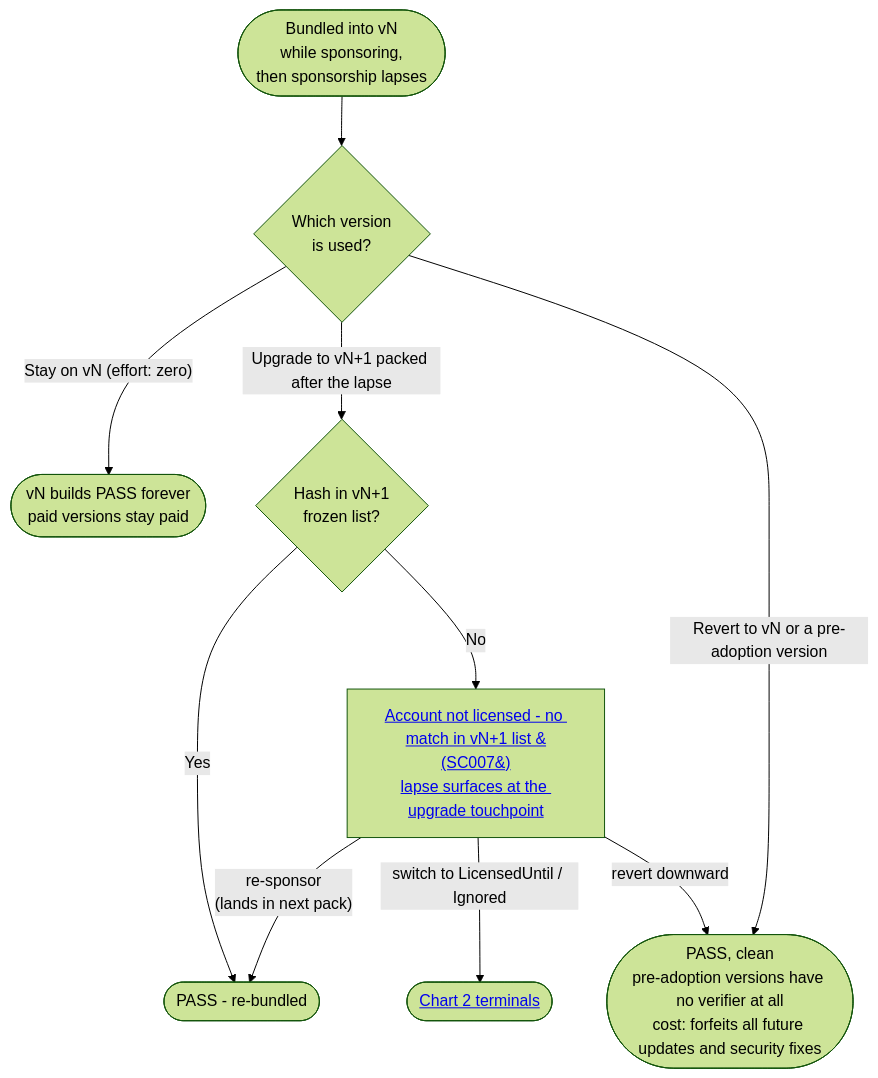
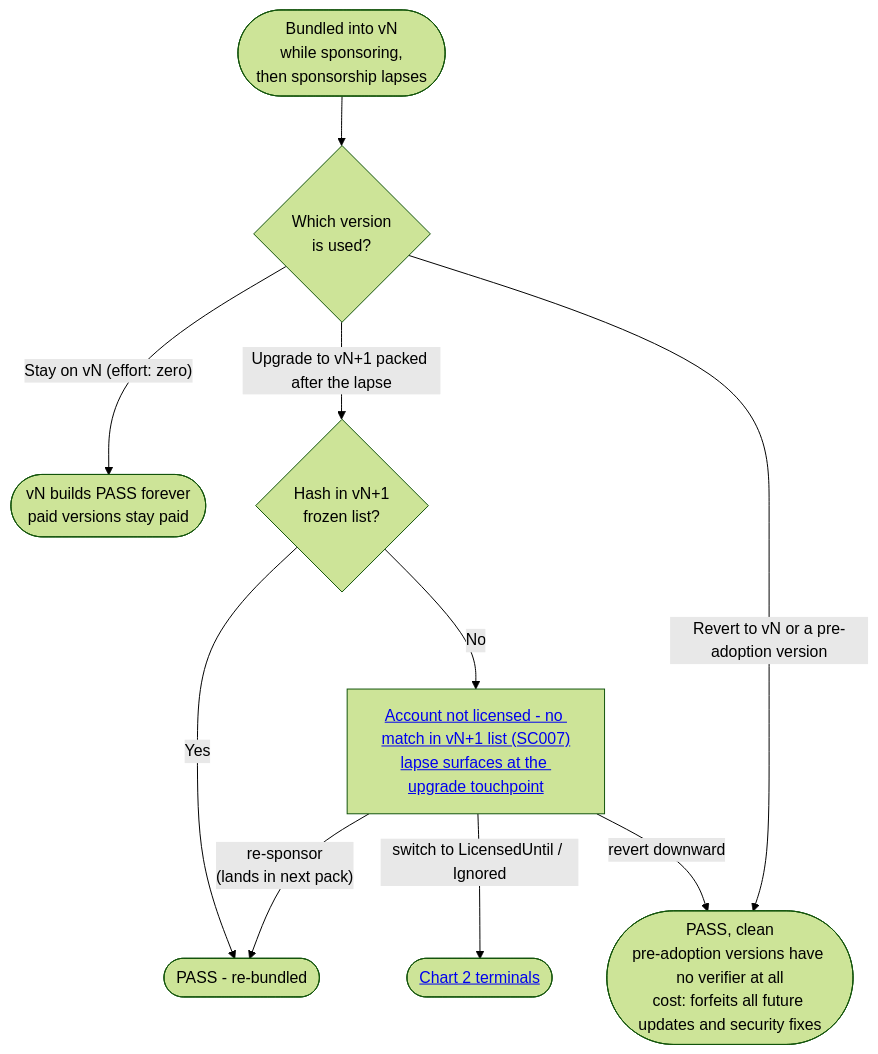
The third of 4 diagrams in docs/WhyBuildTimeVerification.md (SimonCropp/SponsorCheck), drawn with Mermaid (forest theme) before and after one commit. The commit also changed other lines of this file, not shown here.

````diff
--- a/docs/WhyBuildTimeVerification.md
+++ b/docs/WhyBuildTimeVerification.md
@@ -115,15 +115,15 @@
 ```mermaid
 flowchart TD
     Lapse(["Bundled into vN<br/>while sponsoring,<br/>then sponsorship lapses"]) --> Which{"Which version<br/>is used?"}
 
     Which -->|"Stay on vN (effort: zero)"| Stay(["vN builds PASS forever<br/>paid versions stay paid"])
 
     Which -->|"Upgrade to vN+1 packed after the lapse"| Up{"Hash in vN+1<br/>frozen list?"}
     Up -->|"Yes"| UpPass(["PASS - re-bundled"])
-    Up -->|"No"| SC007b[<a href='https://github.com/SimonCropp/SponsorCheck/blob/main/docs/VerifierDiagnosticCodes.md#sc007'>Account not licensed - no match in vN+1 list &#40;SC007&#41;<br/>lapse surfaces at the upgrade touchpoint</a>]
+    Up -->|"No"| SC007b[<a href='https://github.com/SimonCropp/SponsorCheck/blob/main/docs/VerifierDiagnosticCodes.md#sc007'>Account not licensed - no match in vN+1 list #40;SC007#41;<br/>lapse surfaces at the upgrade touchpoint</a>]
     SC007b -->|"re-sponsor<br/>(lands in next pack)"| UpPass
     SC007b -->|"switch to LicensedUntil / Ignored"| Modes([<a href='https://github.com/SimonCropp/SponsorCheck/blob/main/docs/WhyBuildTimeVerification.md#3-once-forced-to-choose-every-escape-hatch-leaves-a-trace'>Chart 2 terminals</a>])
     SC007b -->|"revert downward"| Revert
 
     Which -->|"Revert to vN or a pre-adoption version"| Revert(["PASS, clean<br/>pre-adoption versions have no verifier at all<br/>cost: forfeits all future updates and security fixes"])
 ```
````
